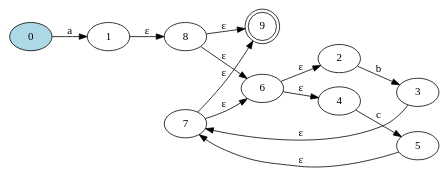
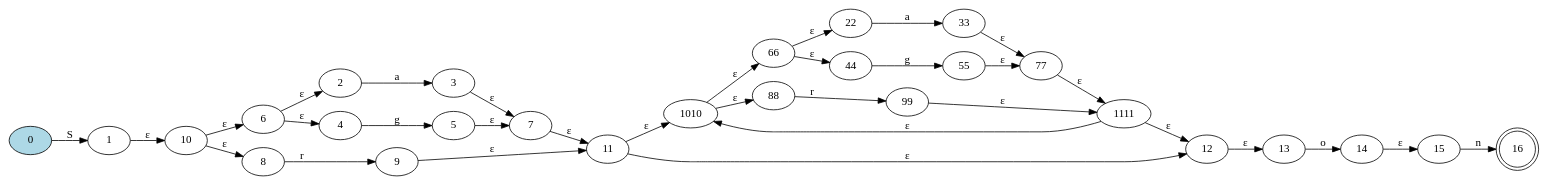
The diagram in NDFA.dot (Daniel-Sima/Clone-of-the-egrep-UNIX-command), drawn with Graphviz before and after one commit. The commit also changed 13 other files, not shown here.

```diff
--- a/NDFA.dot
+++ b/NDFA.dot
@@ -1,19 +1,39 @@
 digraph {
 	rankdir=LR;
 
-	9 [shape=doublecircle]
+	16 [shape=doublecircle]
 	0 [style=filled, fillcolor="lightblue"]
 
-	0->1 [label= "a"];
-	2->3 [label= "b"];
-	4->5 [label= "c"];
+	0->1 [label= "S"];
+	2->3 [label= "a"];
+	4->5 [label= "g"];
 	6->2 [label= "ε"];
 	6->4 [label= "ε"];
 	3->7 [label= "ε"];
 	5->7 [label= "ε"];
-	7->6 [label= "ε"];
-	8->6 [label= "ε"];
-	7->9 [label= "ε"];
-	8->9 [label= "ε"];
-	1->8 [label= "ε"];
+	8->9 [label= "r"];
+	10->6 [label= "ε"];
+	10->8 [label= "ε"];
+	7->11 [label= "ε"];
+	9->11 [label= "ε"];
+	1010->66 [label= "ε"];
+	1010->88 [label= "ε"];
+	66->22 [label= "ε"];
+	66->44 [label= "ε"];
+	88->99 [label= "r"];
+	22->33 [label= "a"];
+	44->55 [label= "g"];
+	99->1111 [label= "ε"];
+	33->77 [label= "ε"];
+	55->77 [label= "ε"];
+	77->1111 [label= "ε"];
+	11->1010 [label= "ε"];
+	1111->1010 [label= "ε"];
+	11->12 [label= "ε"];
+	1111->12 [label= "ε"];
+	1->10 [label= "ε"];
+	13->14 [label= "o"];
+	12->13 [label= "ε"];
+	15->16 [label= "n"];
+	14->15 [label= "ε"];
 }
```
